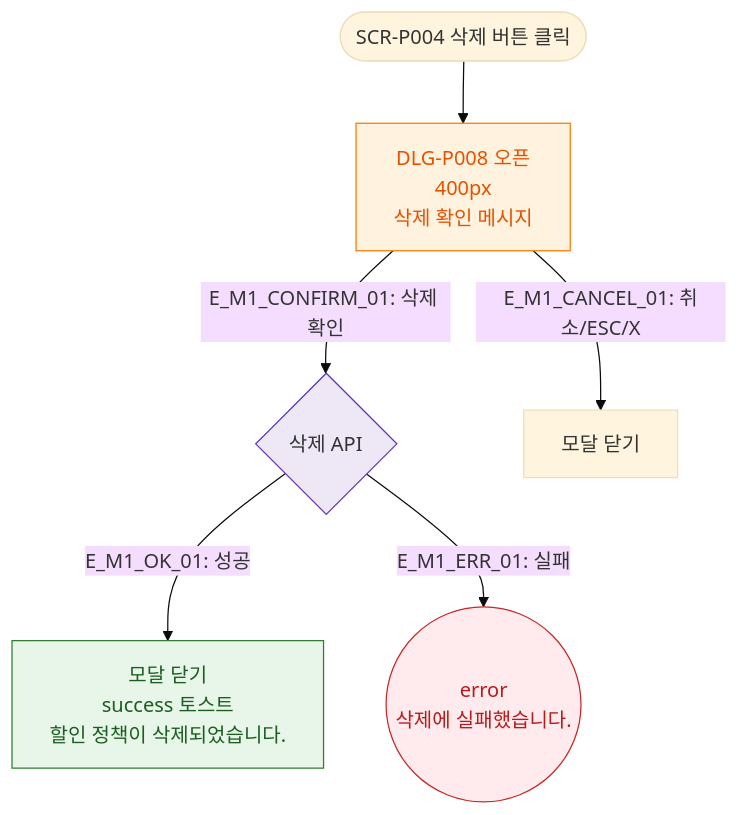
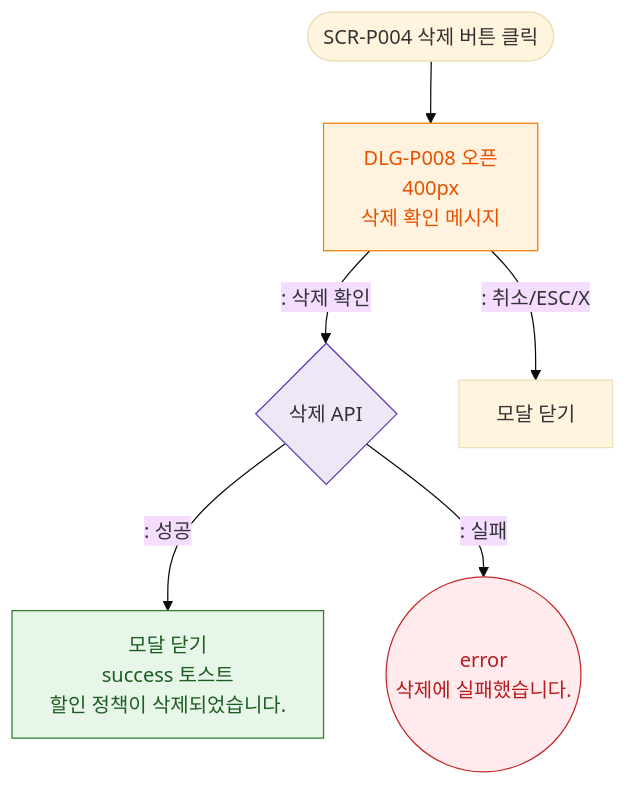
The diagram in docs/다이어그램/D05_상품관리/DLG/DLG-P008_할인정책삭제확인/M1_모달생명주기.md (dev-spogym/admin-pando), drawn with Mermaid (base theme) before and after one commit. The commit also changed other lines of this file and 1660 other files, not shown here.

First line of the commit message:
다이어그램: 기획자/클라이언트 납품본으로 정리

````diff
--- a/docs/다이어그램/D05_상품관리/DLG/DLG-P008_할인정책삭제확인/M1_모달생명주기.md
+++ b/docs/다이어그램/D05_상품관리/DLG/DLG-P008_할인정책삭제확인/M1_모달생명주기.md
@@ -16,18 +14,18 @@
 ```mermaid
 flowchart TD
     TRIGGER([SCR-P004 삭제 버튼 클릭]) --> OpenModal[DLG-P008 오픈\n400px\n삭제 확인 메시지]
-    OpenModal -->|"E_M1_CONFIRM_01: 삭제 확인"| DeleteAPI{삭제 API}
-    OpenModal -->|"E_M1_CANCEL_01: 취소/ESC/X"| Closed[모달 닫기]
+    OpenModal -->|": 삭제 확인"|DeleteAPI{삭제 API}
+    OpenModal -->|": 취소/ESC/X"|Closed[모달 닫기]
 
-    DeleteAPI -->|"E_M1_OK_01: 성공"| CloseSuccess[모달 닫기\nsuccess 토스트\n할인 정책이 삭제되었습니다.]
-    DeleteAPI -->|"E_M1_ERR_01: 실패"| DeleteErr((error\n삭제에 실패했습니다.))
+    DeleteAPI -->|": 성공"|CloseSuccess[모달 닫기\nsuccess 토스트\n할인 정책이 삭제되었습니다.]
+    DeleteAPI -->|": 실패"|DeleteErr((error\n삭제에 실패했습니다.))
 
     classDef modal fill:#FFF3E0,stroke:#F57C00,color:#E65100
     classDef success fill:#E8F5E9,stroke:#2E7D32,color:#1B5E20
     classDef error fill:#FFEBEE,stroke:#C62828,color:#B71C1C
     classDef system fill:#EDE7F6,stroke:#5E35B2
     class OpenModal modal
     class CloseSuccess success
     class DeleteErr error
     class DeleteAPI system
 ```
````
